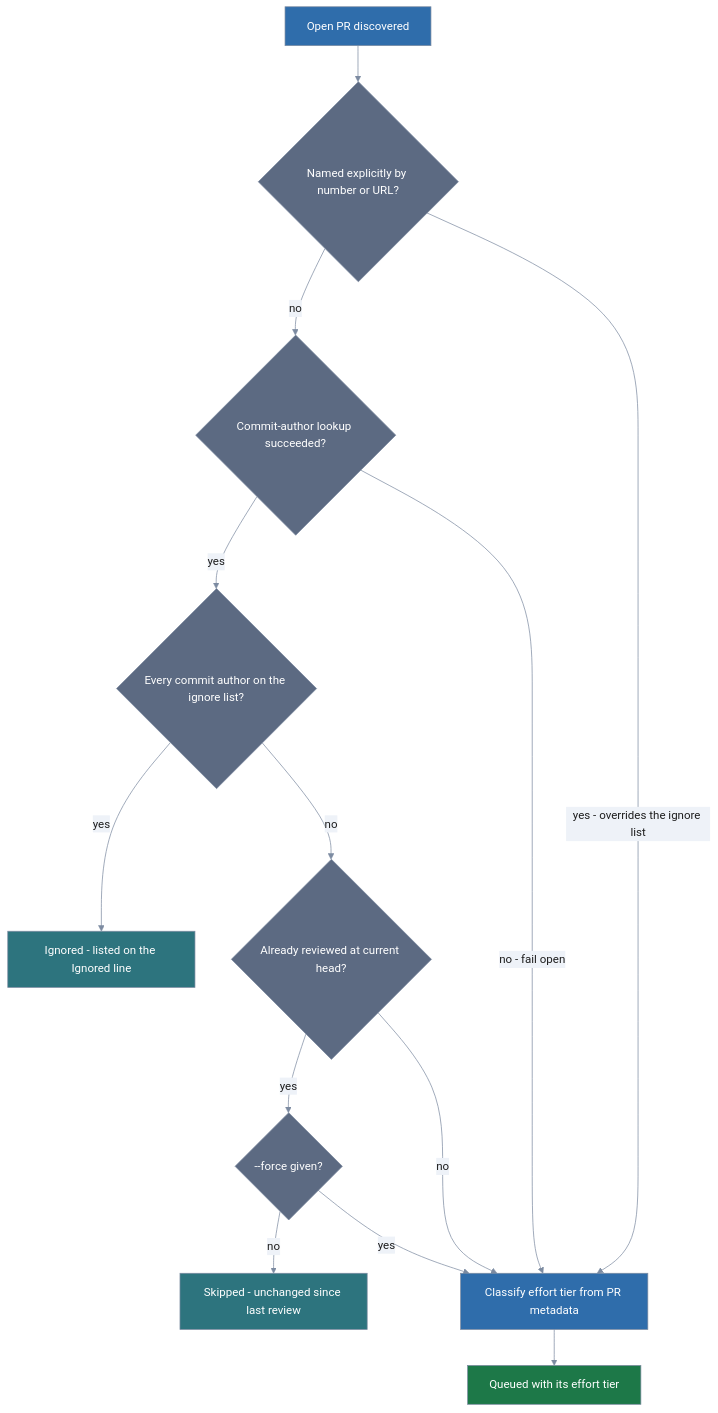
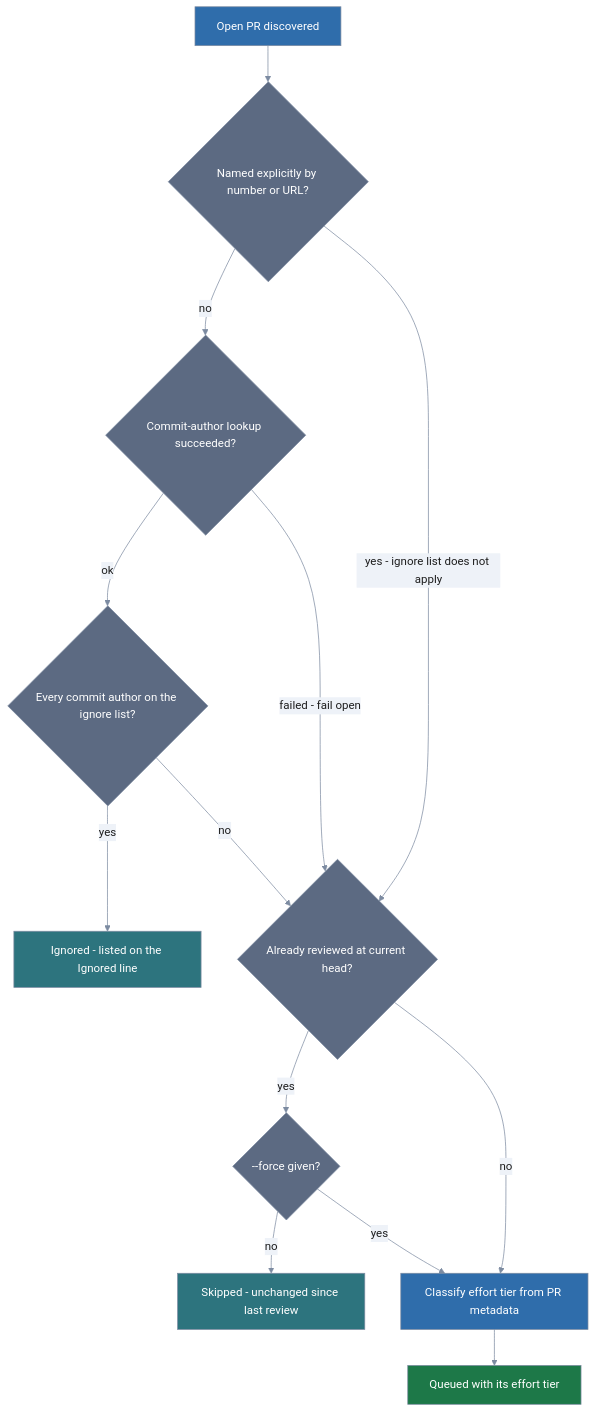
One commit to lolables/lola-mod-review-council changed the diagram in docs/batch-reviewing-prs.md. Above: the diagram before and after it, drawn with Mermaid. The commit also changed other lines of this file and 1 other file, not shown here.

First line of the commit message:
docs: correct queue-gate diagram, install paths, and lost prerequisite

````diff
--- a/docs/batch-reviewing-prs.md
+++ b/docs/batch-reviewing-prs.md
@@ -45,51 +48,51 @@
 ```mermaid
 %%{init: {'theme': 'base', 'themeVariables': {
   'primaryColor': '#2f6dab',
   'primaryTextColor': '#1e1e1e',
   'primaryBorderColor': '#7c8ba1',
   'lineColor': '#7c8ba1',
   'edgeLabelBackground': '#eef2f8',
   'tertiaryColor': 'transparent',
   'tertiaryTextColor': '#7c8ba1',
   'tertiaryBorderColor': '#7c8ba1',
   'clusterBkg': 'transparent',
   'clusterBorder': '#7c8ba1',
   'titleColor': '#7c8ba1',
   'noteBkgColor': '#eef2f8',
   'noteTextColor': '#1e1e1e',
   'fontFamily': 'system-ui, sans-serif'
 }, 'themeCSS': '.node .nodeLabel{color:#ffffff!important;fill:#ffffff!important;}'}}%%
 flowchart TD
   pr["Open PR discovered"]
   named{"Named explicitly by number or URL?"}
   lookup{"Commit-author lookup succeeded?"}
   bots{"Every commit author on the ignore list?"}
   ignored["Ignored - listed on the Ignored line"]
   seen{"Already reviewed at current head?"}
   forced{"--force given?"}
   skipped["Skipped - unchanged since last review"]
   tier["Classify effort tier from PR metadata"]
   queued["Queued with its effort tier"]
 
   pr --> named
-  named -->|yes - overrides the ignore list| tier
+  named -->|yes - ignore list does not apply| seen
   named -->|no| lookup
-  lookup -->|no - fail open| tier
-  lookup -->|yes| bots
+  lookup -->|failed - fail open| seen
+  lookup -->|ok| bots
   bots -->|yes| ignored
   bots -->|no| seen
   seen -->|yes| forced
   seen -->|no| tier
   forced -->|yes| tier
   forced -->|no| skipped
   tier --> queued
 
   classDef sysA fill:#2f6dab,color:#ffffff,stroke:#7c8ba1
   classDef sysB fill:#1d7848,color:#ffffff,stroke:#7c8ba1
   classDef sysD fill:#2d747e,color:#ffffff,stroke:#7c8ba1
   classDef sysF fill:#5c6a82,color:#ffffff,stroke:#7c8ba1
   class pr,tier sysA
   class queued sysB
   class ignored,skipped sysD
   class named,lookup,bots,seen,forced sysF
 ```
````
